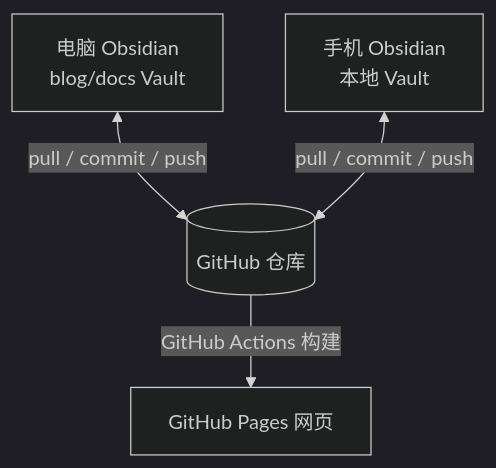
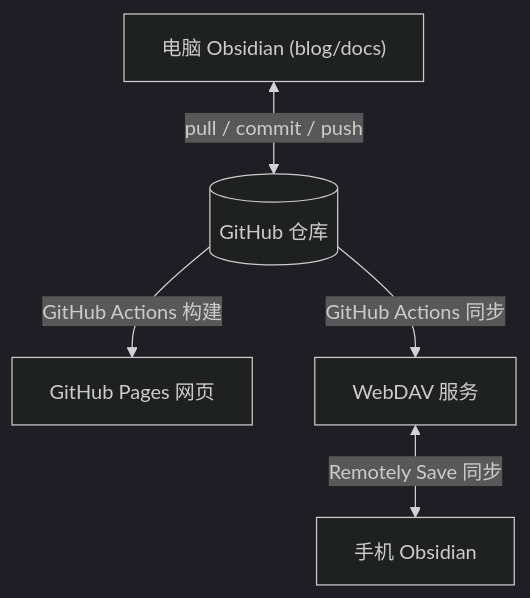
One commit to youweichen0208/blog changed the diagram in docs/tutorials/obsidian-github-sync.md. Above: the diagram before and after it, drawn with Mermaid (dark theme). The commit also changed other lines of this file and 7 other files, not shown here.

First line of the commit message:
feat: 添加 WebDAV 同步方案，支持手机端 Obsidian 同步

````diff
--- a/docs/tutorials/obsidian-github-sync.md
+++ b/docs/tutorials/obsidian-github-sync.md
@@ -18,6 +18,7 @@
 ```mermaid
 flowchart TD
-  A[电脑 Obsidian<br/>blog/docs Vault] <-->|pull / commit / push| B[(GitHub 仓库)]
-  C[手机 Obsidian<br/>本地 Vault] <-->|pull / commit / push| B
-  B -->|GitHub Actions 构建| D[GitHub Pages 网页]
+  A["电脑 Obsidian (blog/docs)"] <-->|pull / commit / push| B[(GitHub 仓库)]
+  B -->|GitHub Actions 构建| C[GitHub Pages 网页]
+  B -->|GitHub Actions 同步| D[WebDAV 服务]
+  D <-->|Remotely Save 同步| E[手机 Obsidian]
 ```
````
